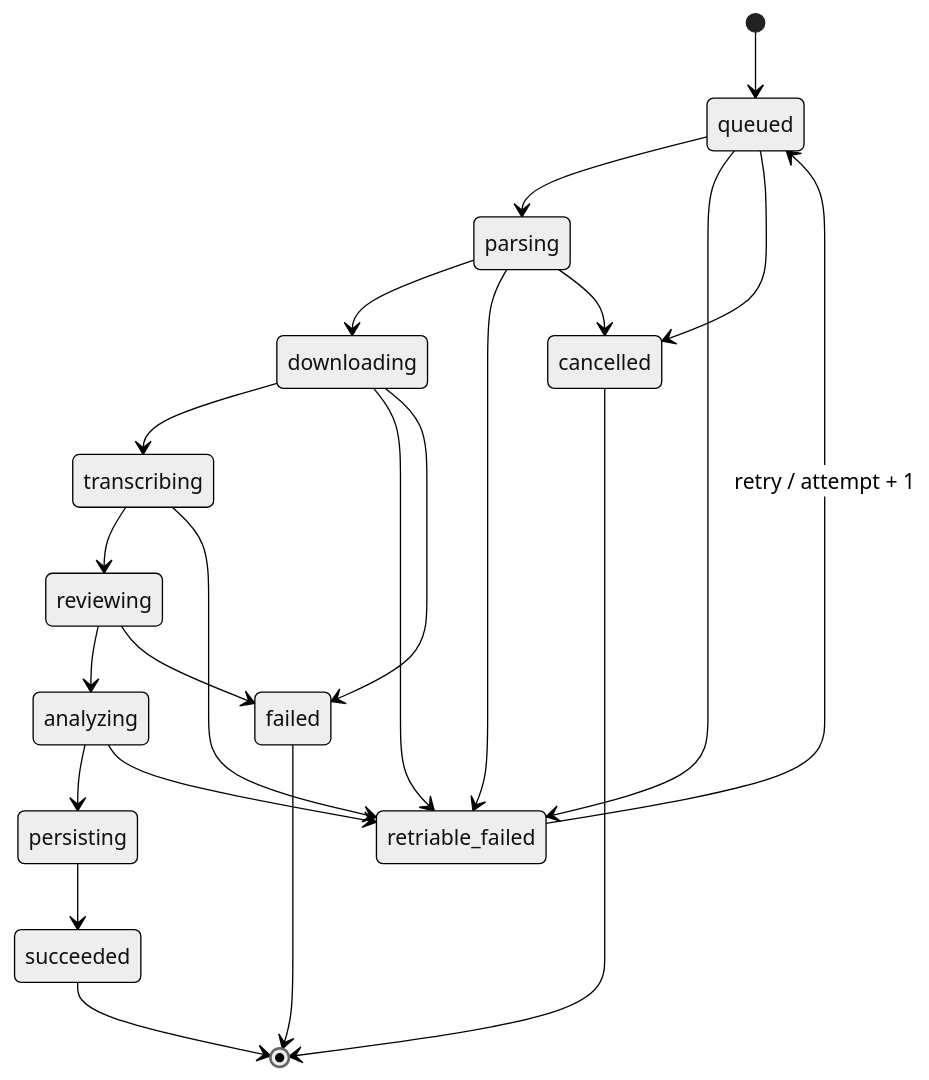
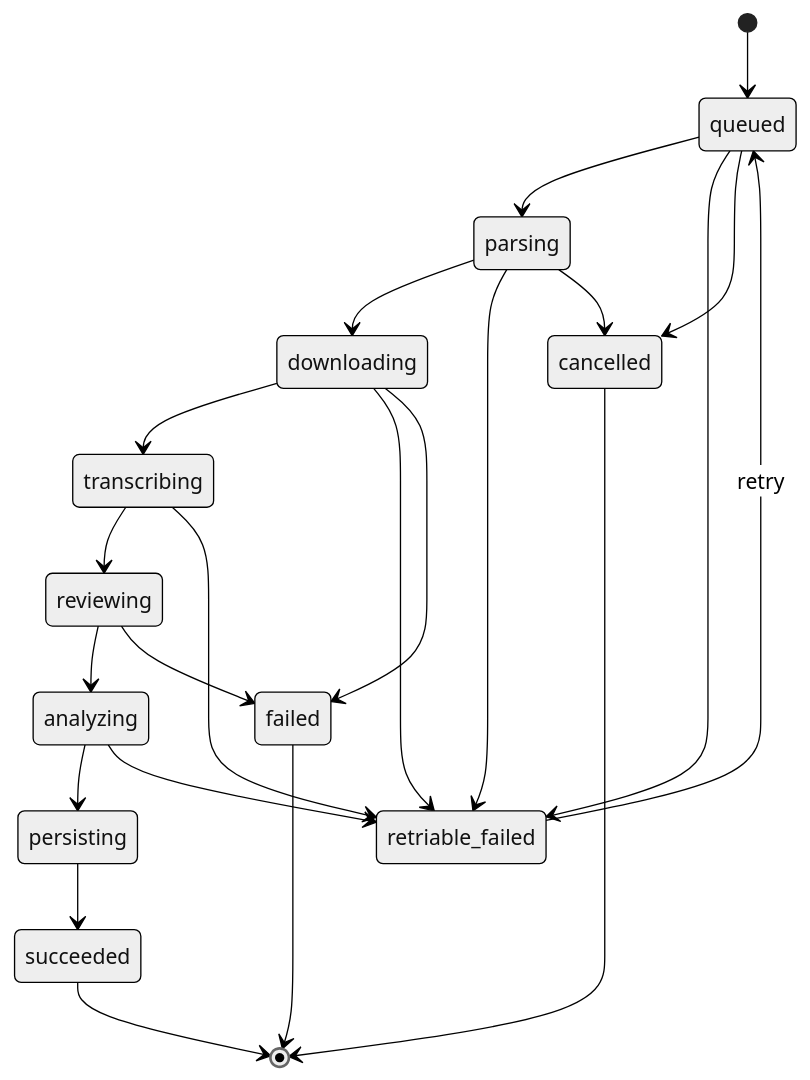
Before and after one commit to zhanglongfeng27101797/yayaxingqiu: the second of 2 diagrams in docs/technical/architecture.md, drawn with Mermaid (neutral theme). The commit also changed other lines of this file and 60 other files, not shown here.

````diff
--- a/docs/technical/architecture.md
+++ b/docs/technical/architecture.md
@@ -43,24 +29,24 @@
 ```mermaid
 stateDiagram-v2
     [*] --> queued
     queued --> parsing
     parsing --> downloading
     downloading --> transcribing
     transcribing --> reviewing
     reviewing --> analyzing
     analyzing --> persisting
     persisting --> succeeded
     queued --> retriable_failed
     parsing --> retriable_failed
     downloading --> retriable_failed
     transcribing --> retriable_failed
     analyzing --> retriable_failed
-    retriable_failed --> queued: retry / attempt + 1
+    retriable_failed --> queued: retry
     queued --> cancelled
     parsing --> cancelled
     downloading --> failed
     reviewing --> failed
     succeeded --> [*]
     failed --> [*]
     cancelled --> [*]
 ```
````
